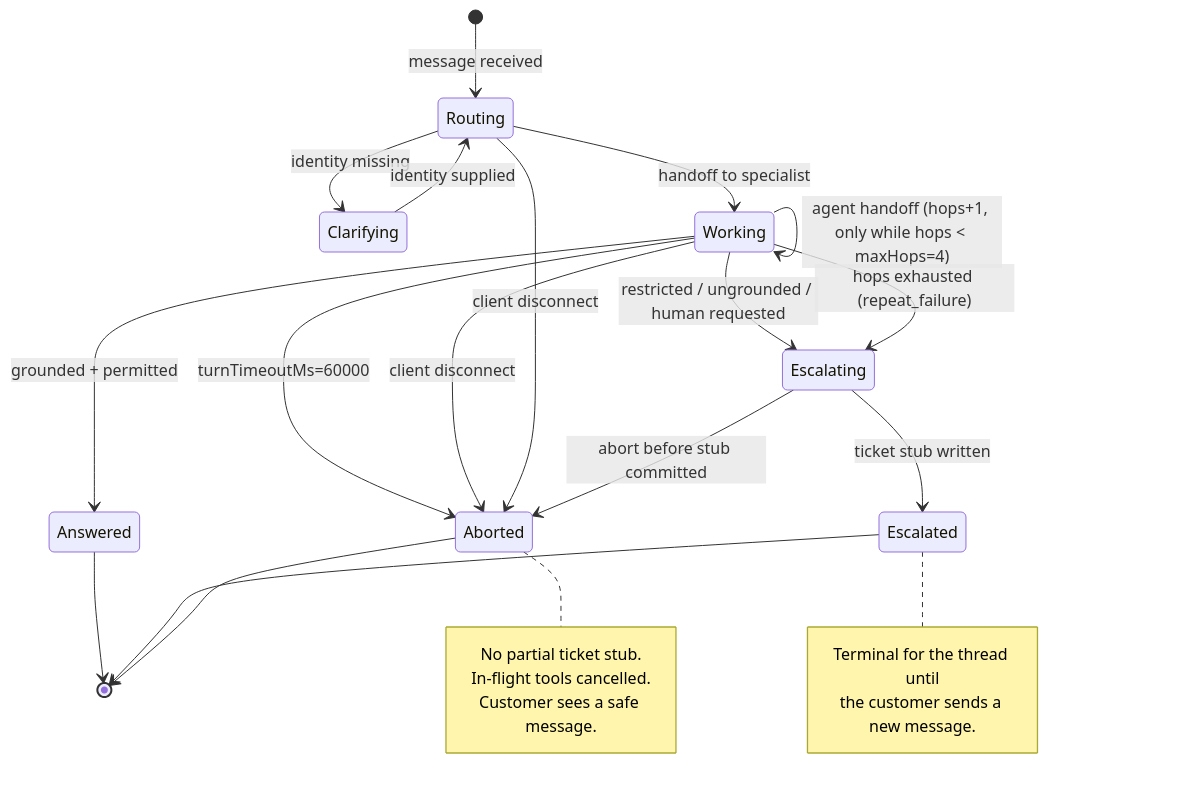
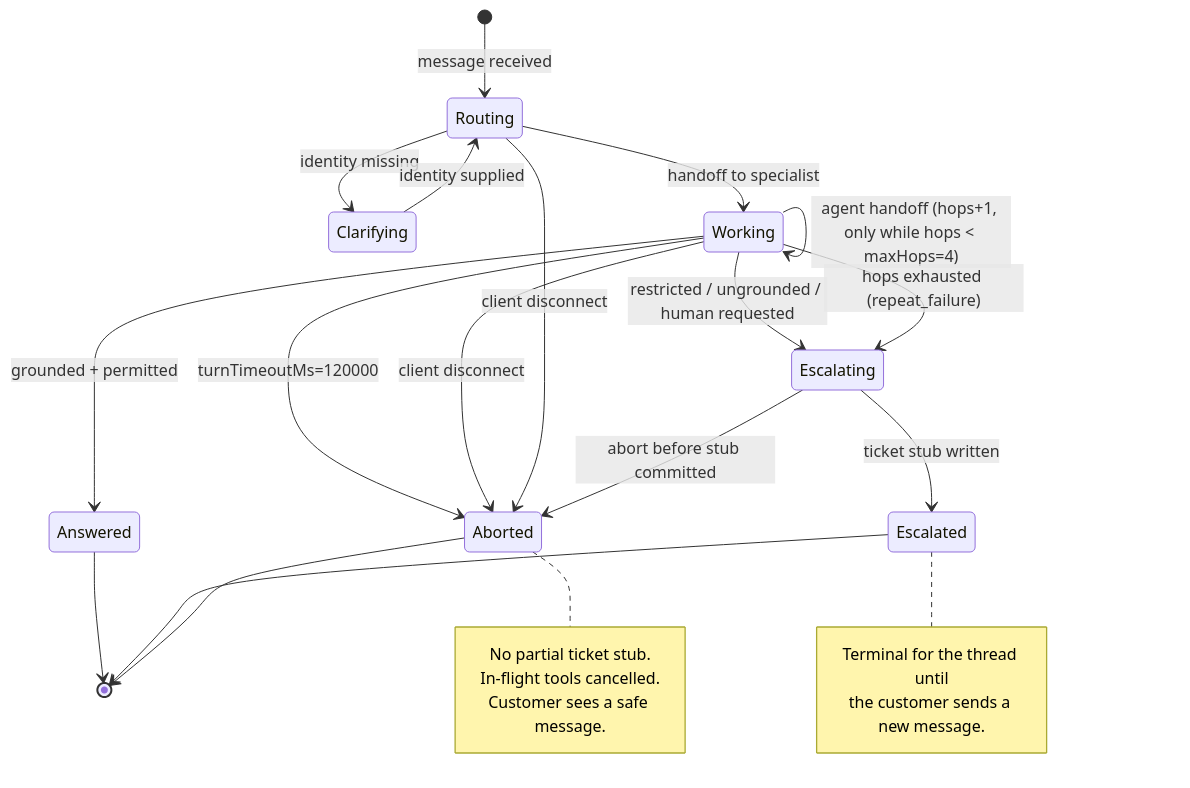
Before and after one commit to rmatx/multi-agent-cs-crew: the fourth of 6 diagrams in project-context/1.define/sad.md, drawn with Mermaid. The commit also changed other lines of this file and 3 other files, not shown here.

````diff
--- a/project-context/1.define/sad.md
+++ b/project-context/1.define/sad.md
@@ -350,35 +351,35 @@
 ```mermaid
 stateDiagram-v2
   [*] --> Routing: message received
   Routing --> Clarifying: identity missing
   Clarifying --> Routing: identity supplied
   Routing --> Working: handoff to specialist
 
   Working --> Working: tool call (in-agent — no hop)
   Working --> Working: agent handoff (hops+1, only while hops < maxHops=4)
   Working --> Answered: grounded + permitted
   Working --> Escalating: restricted / ungrounded / human requested
   Working --> Escalating: hops exhausted (repeat_failure)
 
-  Working --> Aborted: turnTimeoutMs=60000
+  Working --> Aborted: turnTimeoutMs=120000
   Working --> Aborted: client disconnect
   Routing --> Aborted: client disconnect
 
   Escalating --> Escalated: ticket stub written
   Escalating --> Aborted: abort before stub committed
 
   Answered --> [*]
   Escalated --> [*]
   Aborted --> [*]
 
   note right of Aborted
     No partial ticket stub.
     In-flight tools cancelled.
     Customer sees a safe message.
   end note
 
   note right of Escalated
     Terminal for the thread until
     the customer sends a new message.
   end note
 ```
````
